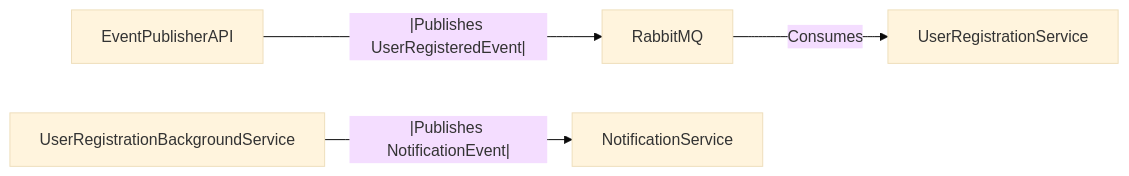
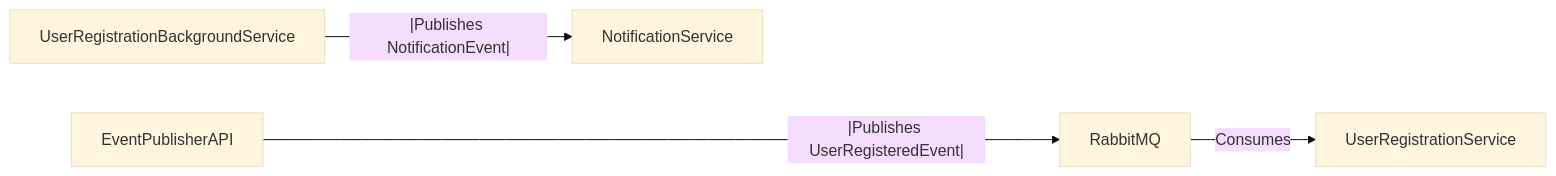
The diagram in README.md (IsaacSaddam2/Assessment.DTC), drawn with Mermaid (base theme) before and after one commit. The commit also changed other lines of this file, not shown here.

````diff
--- a/README.md
+++ b/README.md
@@ -15,6 +15,6 @@
 ```mermaid
 flowchart LR
-    EventPublisherAPI --|Publishes UserRegisteredEvent|--> RabbitMQ
+    EventPublisherAPI --|Publishes UserRegisteredEvent|----> RabbitMQ
     RabbitMQ -->|Consumes| UserRegistrationService
     UserRegistrationBackgroundService --|Publishes NotificationEvent|--> NotificationService
 ```
````
